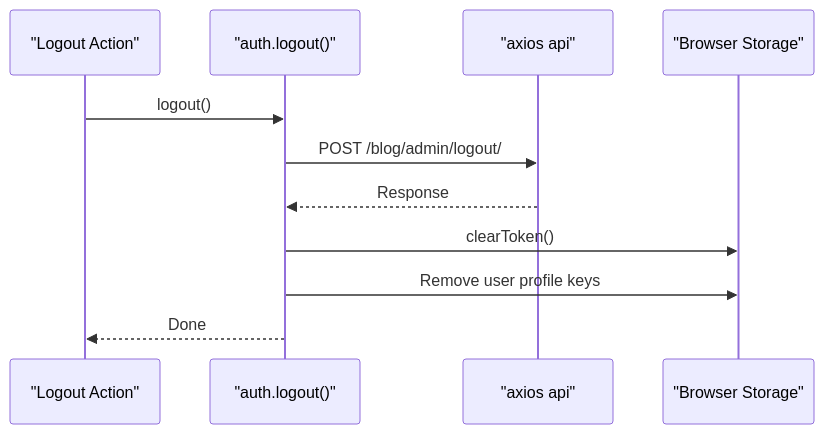
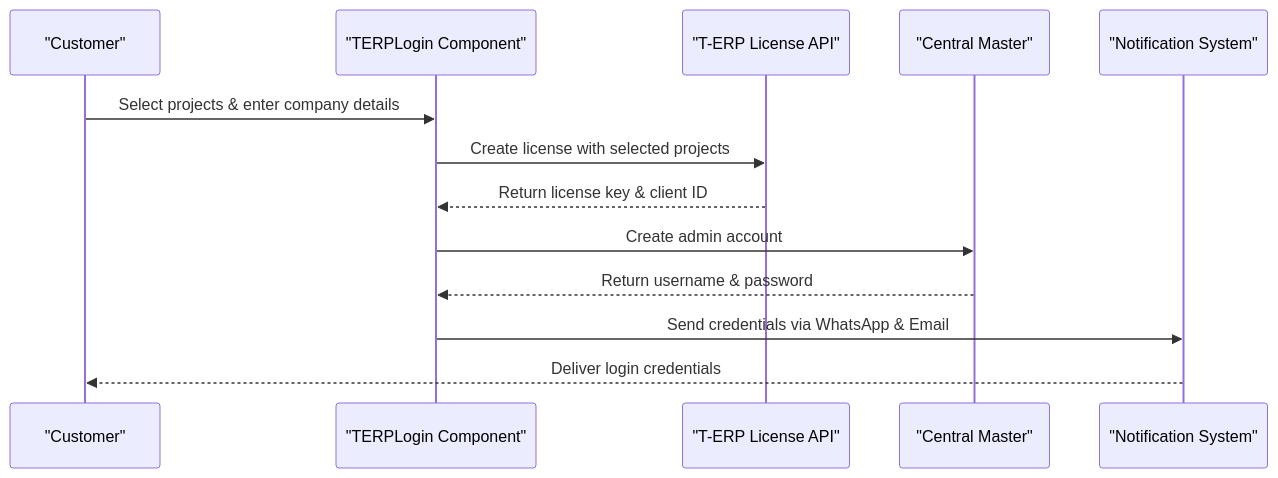
Before and after one commit to imcbsglobal/TRELLISCO_ERP_FRONTEND: the second of 4 diagrams in .qoder/repowiki/en/content/Application Architecture/Authentication & Authorization.md, drawn with Mermaid. The commit also changed other lines of this file and 35 other files, not shown here.

Commit message:
centralised county add to T-ERP LOGIN

````diff
--- a/.qoder/repowiki/en/content/Application Architecture/Authentication & Authorization.md
+++ b/.qoder/repowiki/en/content/Application Architecture/Authentication & Authorization.md
@@ -214,13 +134,15 @@
 ```mermaid
 sequenceDiagram
-participant UI as "Logout Action"
-participant AuthAPI as "auth.logout()"
-participant Client as "axios api"
-participant Storage as "Browser Storage"
-UI->>AuthAPI : logout()
-AuthAPI->>Client : POST /blog/admin/logout/
-Client-->>AuthAPI : Response
-AuthAPI->>Storage : clearToken()
-AuthAPI->>Storage : Remove user profile keys
-AuthAPI-->>UI : Done
+participant Customer as "Customer"
+participant TERPLogin as "TERPLogin Component"
+participant LicenseAPI as "T-ERP License API"
+participant UserMaster as "Central Master"
+participant Notifications as "Notification System"
+Customer->>TERPLogin : Select projects & enter company details
+TERPLogin->>LicenseAPI : Create license with selected projects
+LicenseAPI-->>TERPLogin : Return license key & client ID
+TERPLogin->>UserMaster : Create admin account
+UserMaster-->>TERPLogin : Return username & password
+TERPLogin->>Notifications : Send credentials via WhatsApp & Email
+Notifications-->>Customer : Deliver login credentials
 ```
````
